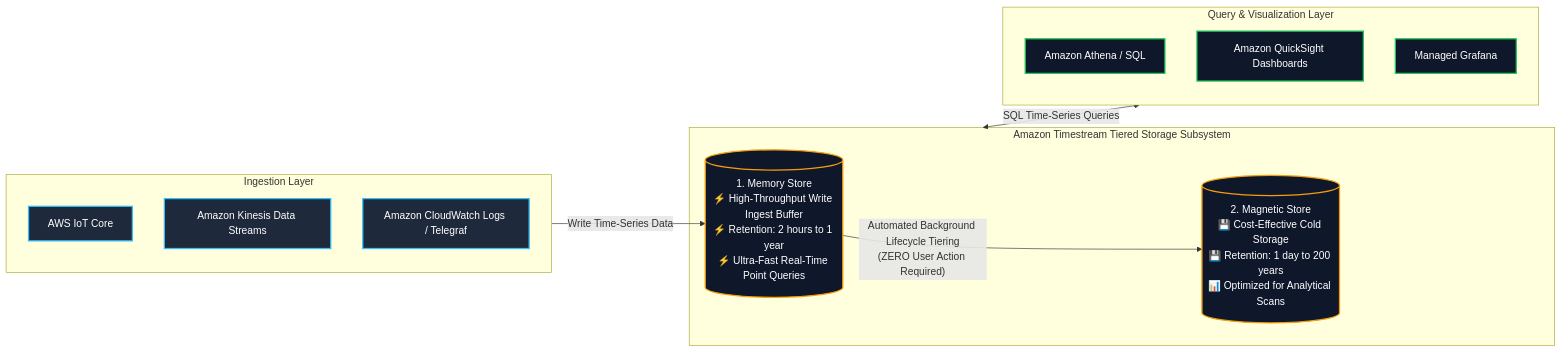
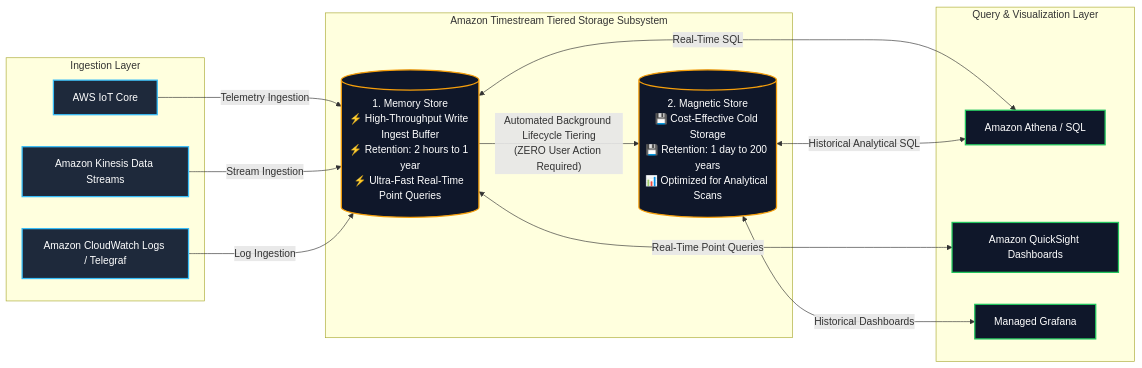
One commit to Wathon/aws-dea-c01-note changed the fifth of 6 diagrams in content/02-services/database/nosql-specialized-databases.md. Above: the diagram before and after it, drawn with Mermaid. The commit also changed other lines of this file and 5 other files, not shown here.

Commit message:
fix(mermaid): resolve reserved keyword classDef and subgraph edge endpoint parse errors

````diff
--- a/content/02-services/database/nosql-specialized-databases.md
+++ b/content/02-services/database/nosql-specialized-databases.md
@@ -212,33 +214,39 @@
 ```mermaid
 graph LR
     subgraph IngestionSources["Ingestion Layer"]
         IoTCore["AWS IoT Core"]
         Kinesis["Amazon Kinesis Data Streams"]
         CloudWatch["Amazon CloudWatch Logs / Telegraf"]
     end
 
     subgraph TimestreamStorage["Amazon Timestream Tiered Storage Subsystem"]
         MemoryStore[("1. Memory Store<br/>⚡ High-Throughput Write Ingest Buffer<br/>⚡ Retention: 2 hours to 1 year<br/>⚡ Ultra-Fast Real-Time Point Queries")]
         
         MagneticStore[("2. Magnetic Store<br/>💾 Cost-Effective Cold Storage<br/>💾 Retention: 1 day to 200 years<br/>📊 Optimized for Analytical Scans")]
         
         MemoryStore -->|"Automated Background Lifecycle Tiering<br/>(ZERO User Action Required)"| MagneticStore
     end
 
     subgraph Consumption["Query & Visualization Layer"]
         Athena["Amazon Athena / SQL"]
         QuickSight["Amazon QuickSight Dashboards"]
         Grafana["Managed Grafana"]
     end
 
-    IngestionSources -->|"Write Time-Series Data"| MemoryStore
-    TimestreamStorage <-->|"SQL Time-Series Queries"| Consumption
+    IoTCore -->|"Telemetry Ingestion"| MemoryStore
+    Kinesis -->|"Stream Ingestion"| MemoryStore
+    CloudWatch -->|"Log Ingestion"| MemoryStore
+
+    MemoryStore <-->|"Real-Time Point Queries"| QuickSight
+    MemoryStore <-->|"Real-Time SQL"| Athena
+    MagneticStore <-->|"Historical Analytical SQL"| Athena
+    MagneticStore <-->|"Historical Dashboards"| Grafana
 
     classDef ingest fill:#1e293b,stroke:#38bdf8,stroke-width:2px,color:#fff;
     classDef store fill:#0f172a,stroke:#f59e0b,stroke-width:2px,color:#fff;
     classDef consume fill:#0f172a,stroke:#22c55e,stroke-width:2px,color:#fff;
 
     class IoTCore,Kinesis,CloudWatch ingest;
     class MemoryStore,MagneticStore store;
     class Athena,QuickSight,Grafana consume;
 ```
````
